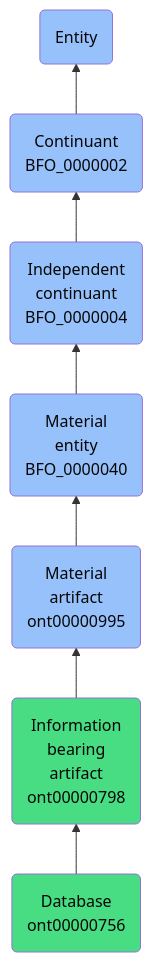
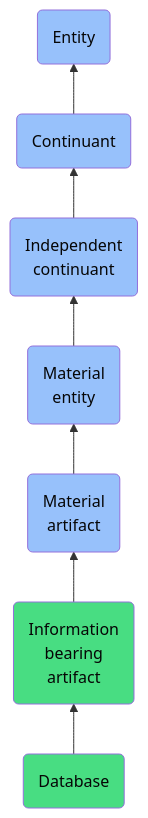
One commit to jupyter-naas/abi changed the diagram in docs/ontology/reference/model/Entity/Continuant/Independent continuant/Material entity/Material artifact/Information bearing artifact/Database/Database.md. Above: the diagram before and after it, drawn with Mermaid. The commit also changed other lines of this file and 1430 other files, not shown here.

````diff
--- a/docs/ontology/reference/model/Entity/Continuant/Independent continuant/Material entity/Material artifact/Information bearing artifact/Database/Database.md
+++ b/docs/ontology/reference/model/Entity/Continuant/Independent continuant/Material entity/Material artifact/Information bearing artifact/Database/Database.md
@@ -24,14 +24,14 @@
 ```mermaid
 graph BT
-    ont00000756(Database<br>ont00000756):::ABI-->ont00000798
-    ont00000798(Information<br>bearing<br>artifact<br>ont00000798):::ABI-->ont00000995
-    ont00000995(Material<br>artifact<br>ont00000995):::BFO-->BFO_0000040
-    BFO_0000040(Material<br>entity<br>BFO_0000040):::BFO-->BFO_0000004
-    BFO_0000004(Independent<br>continuant<br>BFO_0000004):::BFO-->BFO_0000002
-    BFO_0000002(Continuant<br>BFO_0000002):::BFO-->BFO_0000001
+    ont00000756(Database):::ABI-->ont00000798
+    ont00000798(Information<br>bearing<br>artifact):::ABI-->ont00000995
+    ont00000995(Material<br>artifact):::BFO-->BFO_0000040
+    BFO_0000040(Material<br>entity):::BFO-->BFO_0000004
+    BFO_0000004(Independent<br>continuant):::BFO-->BFO_0000002
+    BFO_0000002(Continuant):::BFO-->BFO_0000001
     BFO_0000001(Entity):::BFO
     
     classDef BFO fill:#97c1fb,color:#060606
     classDef CCO fill:#e4c51e,color:#060606
     classDef ABI fill:#48DD82,color:#060606
 ```
````
